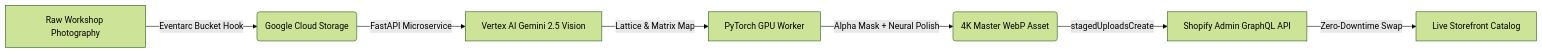
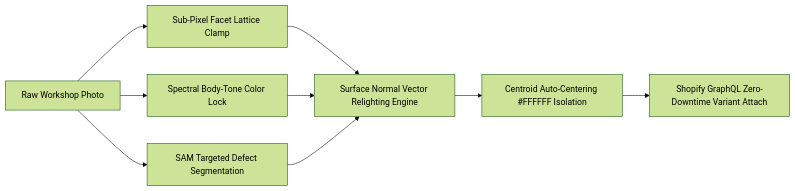
The diagram in README.md (pkoryaka/aura-studio-ai), drawn with Mermaid (forest theme) before and after one commit. The commit also changed other lines of this file and 2 other files, not shown here.

Commit message:
Update walkthrough video and case study: correct .00/30m to .05/seconds, detail Shopify GraphQL sync, and articulate under-the-hood anti-hallucination CV know-how

````diff
--- a/README.md
+++ b/README.md
@@ -29,9 +36,9 @@
 ```mermaid
 graph LR
-    A[Raw Workshop Photography] -->|Eventarc Bucket Hook| B(Google Cloud Storage)
-    B -->|FastAPI Microservice| C[Vertex AI Gemini 2.5 Vision]
-    C -->|Lattice & Matrix Map| D[PyTorch GPU Worker]
-    D -->|Alpha Mask + Neural Polish| E(4K Master WebP Asset)
-    E -->|stagedUploadsCreate| F[Shopify Admin GraphQL API]
-    F -->|Zero-Downtime Swap| G[Live Storefront Catalog]
+    A[Raw Workshop Photo] --> B[Sub-Pixel Facet Lattice Clamp]
+    A --> C[Spectral Body-Tone Color Lock]
+    A --> D[SAM Targeted Defect Segmentation]
+    B & C & D --> E[Surface Normal Vector Relighting Engine]
+    E --> F[Centroid Auto-Centering #FFFFFF Isolation]
+    F --> G[Shopify GraphQL Zero-Downtime Variant Attach]
 ```
````
